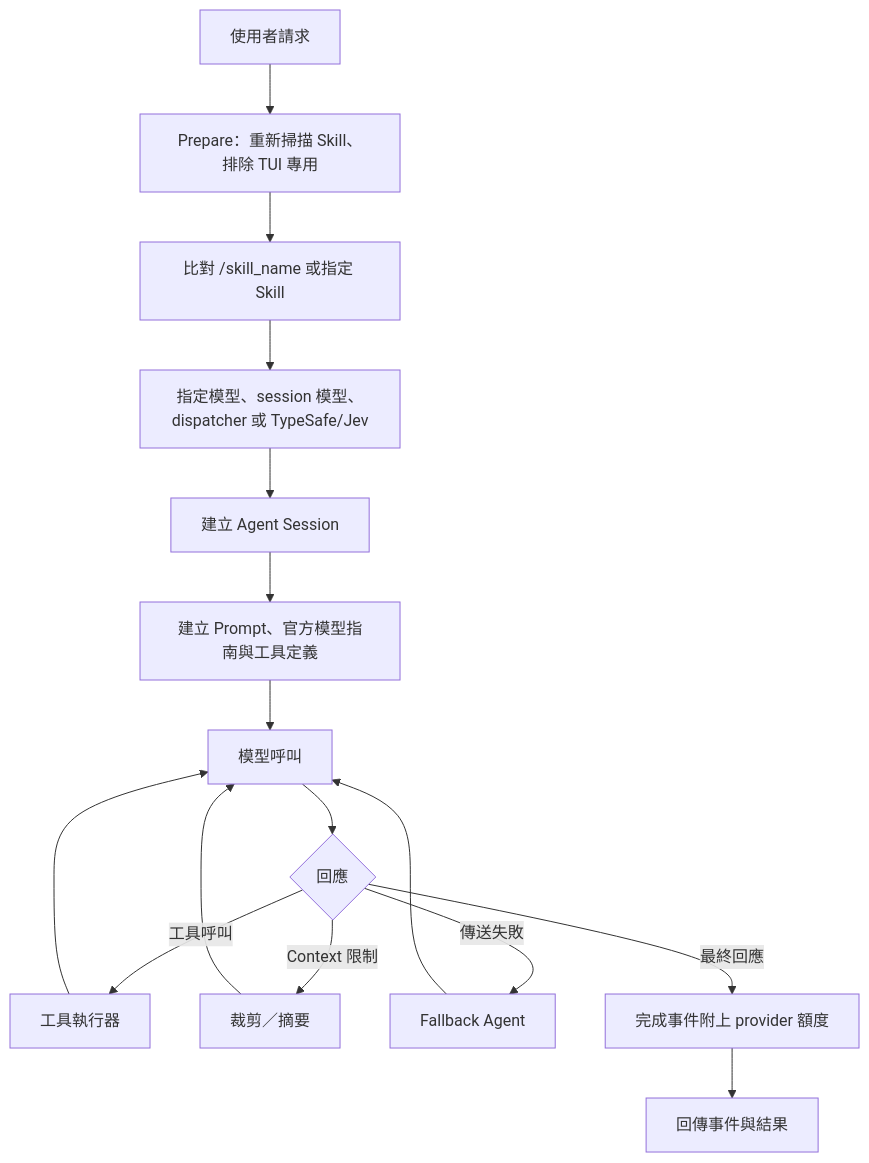
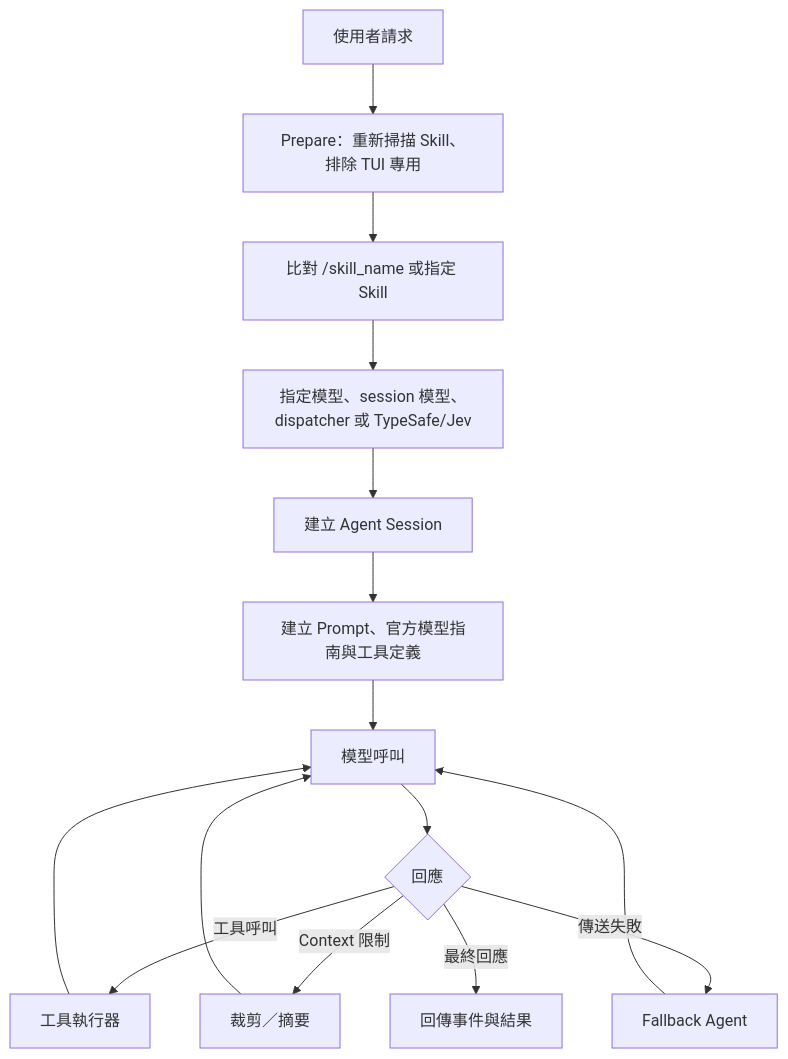
The fourth of 9 diagrams in doc/architecture.zh.md (agenvoy/Agenvoy), drawn with Mermaid before and after one commit. The commit also changed other lines of this file and 3 other files, not shown here.

````diff
--- a/doc/architecture.zh.md
+++ b/doc/architecture.zh.md
@@ -78,18 +78,17 @@
 ```mermaid
 graph TB
     Request[使用者請求] --> Prepare[Prepare：重新掃描 Skill、排除 TUI 專用]
     Prepare --> Match[比對 /skill_name 或指定 Skill]
     Match --> Resolve[指定模型、session 模型、dispatcher 或 TypeSafe/Jev]
     Resolve --> Session[建立 Agent Session]
     Session --> Prompt[建立 Prompt、官方模型指南與工具定義]
     Prompt --> Model[模型呼叫]
     Model --> Result{回應}
     Result -->|工具呼叫| ToolExec[工具執行器]
     ToolExec --> Model
     Result -->|Context 限制| Compact[裁剪／摘要]
     Compact --> Model
     Result -->|傳送失敗| Fallback[Fallback Agent]
     Fallback --> Model
-    Result -->|最終回應| Quota[完成事件附上 provider 額度]
-    Quota --> Events[回傳事件與結果]
+    Result -->|最終回應| Events[回傳事件與結果]
 ```
````
